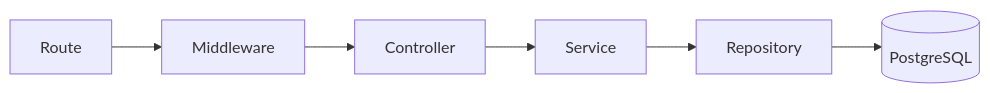
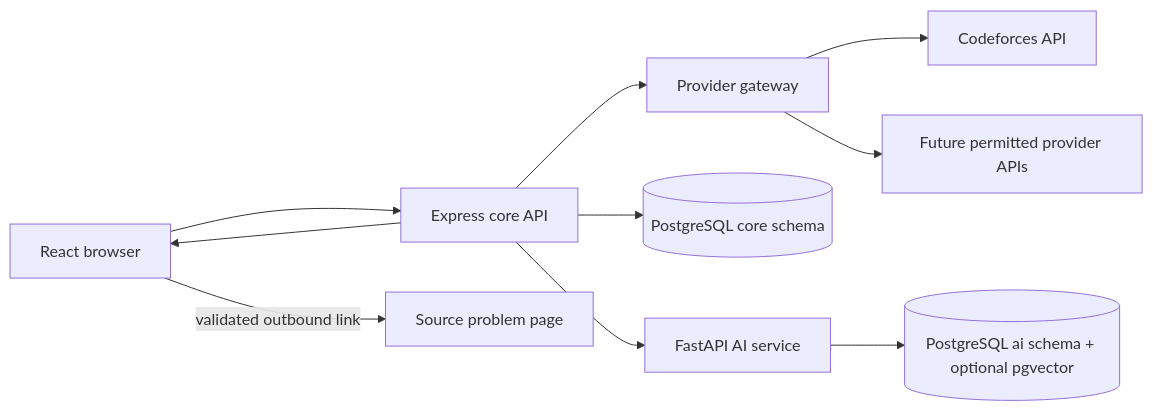
Before and after one commit to dhruvwarriorr/AlgoMemtor: the diagram in docs/PROJECT_DOCUMENTATION.md, drawn with Mermaid. The commit also changed other lines of this file and 22 other files, not shown here.

Commit message:
refactor: switch to external problem discovery architecture

````diff
--- a/docs/PROJECT_DOCUMENTATION.md
+++ b/docs/PROJECT_DOCUMENTATION.md
@@ -1143,8 +279,12 @@
 ```mermaid
 flowchart LR
-    R["Route"] --> M["Middleware"]
-    M --> C["Controller"]
-    C --> S["Service"]
-    S --> P["Repository"]
-    P --> D[("PostgreSQL")]
+    B["React browser"] --> C["Express core API"]
+    C --> P["Provider gateway"]
+    P --> CF["Codeforces API"]
+    P --> FP["Future permitted provider APIs"]
+    C --> DB[("PostgreSQL core schema")]
+    C --> A["FastAPI AI service"]
+    A --> AIDB[("PostgreSQL ai schema + optional pgvector")]
+    C --> B
+    B -->|"validated outbound link"| EXT["Source problem page"]
 ```
````
